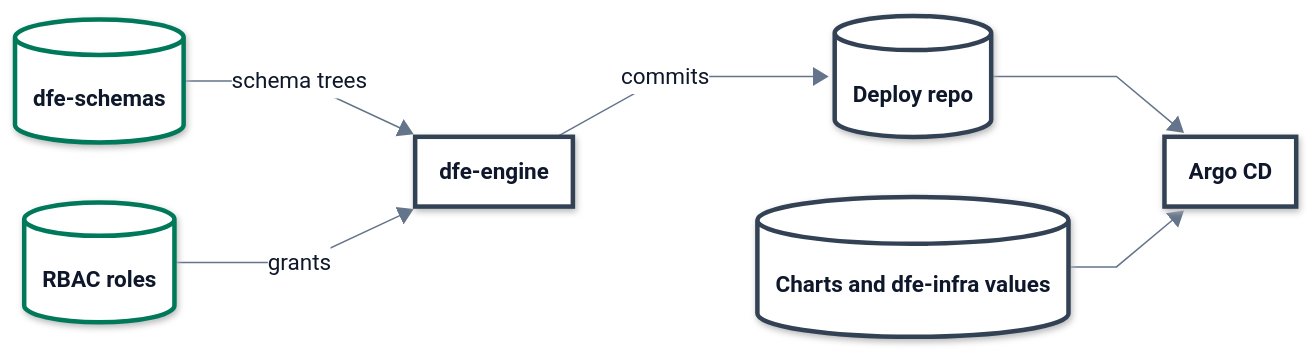
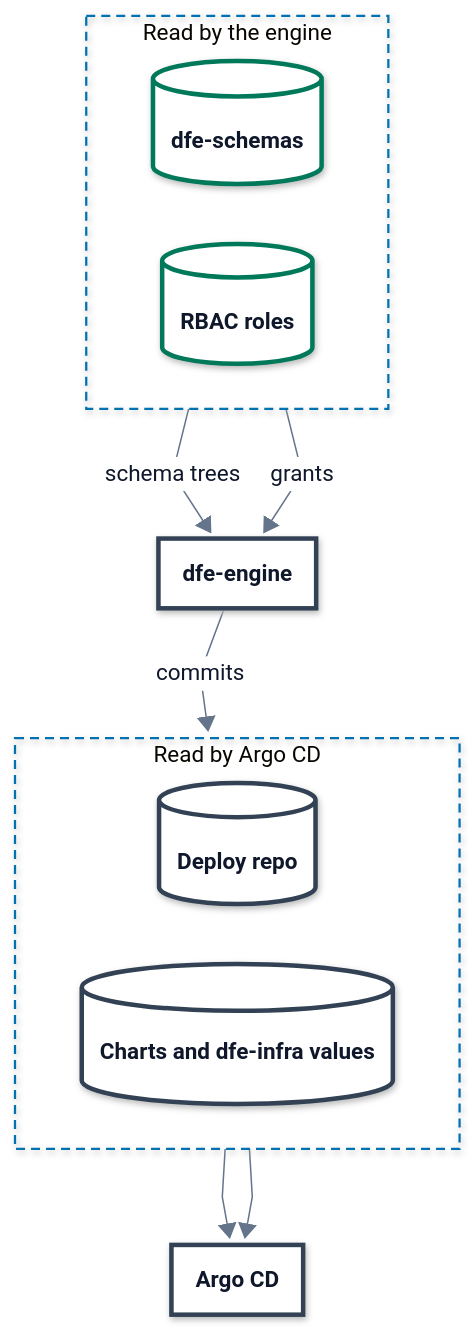
The second of 3 diagrams in docs/control-plane/README.md (hyperi-io/dfe-engine), drawn with Mermaid before and after one commit. The commit also changed other lines of this file and 32 other files, not shown here.

First line of the commit message:
docs(architecture): engine page to the standard, diagrams to 860 px (#1209)

````diff
--- a/docs/control-plane/README.md
+++ b/docs/control-plane/README.md
@@ -155,17 +159,23 @@
     .ui .label-icon{color:#D9480F}
     .ext .label-icon{color:#64748B}
 ---
-flowchart LR
+flowchart TB
   accTitle: L4 Detail -- Control-plane sources of truth
   accDescr: The engine reads the dfe-schemas trees and the RBAC roles, and commits overlays and config to the deploy repo. Argo CD syncs the deploy repo together with the charts and dfe-infra values.
 
-  schemas[("<b>dfe-schemas</b>")]
-  rbac[("<b>RBAC roles</b>")]
+  subgraph engreads["Read by the engine"]
+    direction LR
+    schemas[("<b>dfe-schemas</b>")]
+    rbac[("<b>RBAC roles</b>")]
+  end
 
   engine["<b>dfe-engine</b>"]
 
-  deploy[("<b>Deploy repo</b>")]
-  charts[("<b>Charts and dfe-infra values</b>")]
+  subgraph argoreads["Read by Argo CD"]
+    direction LR
+    deploy[("<b>Deploy repo</b>")]
+    charts[("<b>Charts and dfe-infra values</b>")]
+  end
 
   argo["<b>Argo CD</b>"]
 
@@ -175,6 +185,8 @@
   engine ~~~ charts
   deploy --> argo
   charts --> argo
+  class schemas,rbac store
+  class engine,deploy,charts,argo control
   classDef ext fill:#F4F6F8,stroke:#94A3B8,stroke-width:1.5px,stroke-dasharray:5 4,color:#0F172A
   classDef ingest fill:#FFFFFF,stroke:#0E8A7D,stroke-width:3px,color:#0F172A
   classDef xform fill:#FFFFFF,stroke:#7B4FB0,stroke-width:3px,color:#0F172A
@@ -186,6 +198,6 @@
   classDef error fill:#FFFFFF,stroke:#C2410C,stroke-width:3px,color:#0F172A
   classDef control fill:#FFFFFF,stroke:#334155,stroke-width:3px,color:#0F172A
   classDef part fill:#FFFFFF,stroke:#94A3B8,stroke-width:1.5px,color:#0F172A
-  class schemas,rbac store
-  class engine,deploy,charts,argo control
+  style engreads fill:none,stroke:#0072B2,stroke-width:1.5px,stroke-dasharray:6 4
+  style argoreads fill:none,stroke:#0072B2,stroke-width:1.5px,stroke-dasharray:6 4
 ```
````
